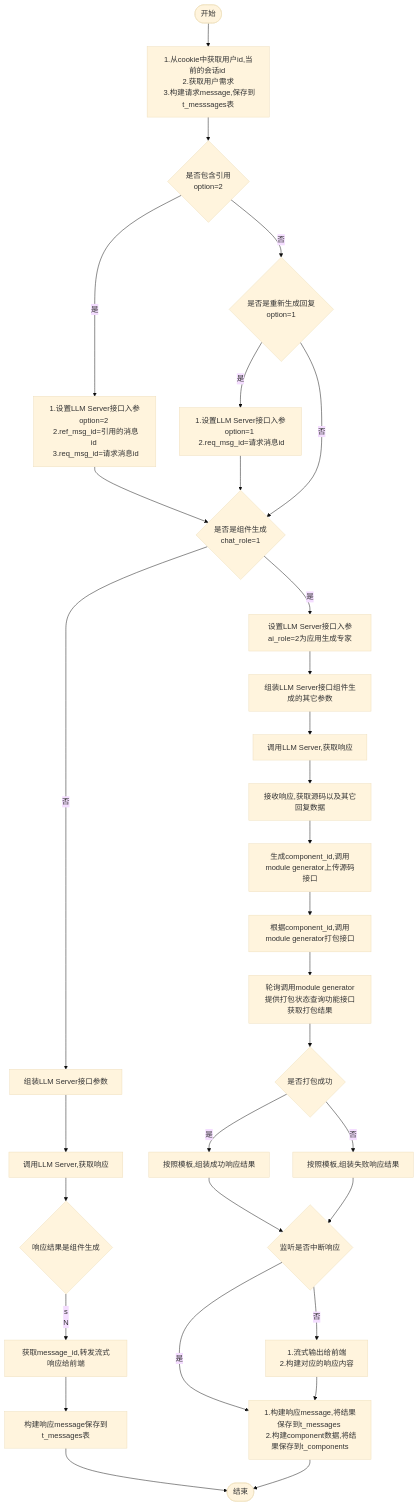
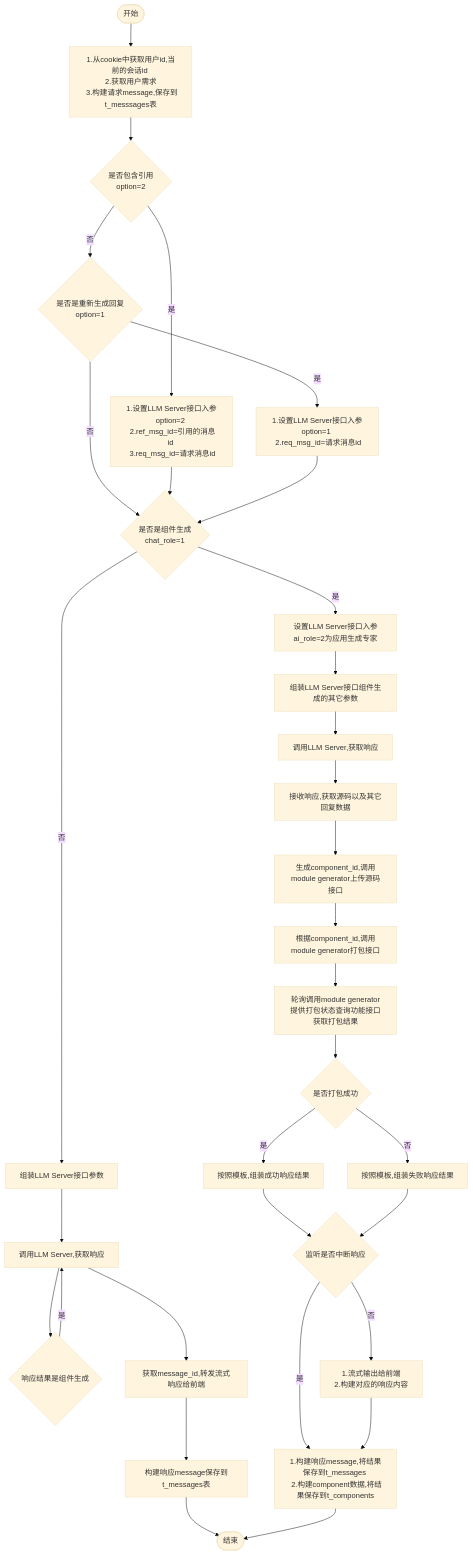
One commit to yingjianzh/iodraw-files changed the diagram in all/未命名-8.md. Above: the diagram before and after it, drawn with Mermaid (base theme).

Commit message:
2024-10-16 09:18:47 update

````diff
--- a/all/未命名-8.md
+++ b/all/未命名-8.md
@@ -1,38 +1,38 @@
 ```mermaid
 flowchart TD
     A([开始]) --> B[1.从cookie中获取用户id,当前的会话id \n 2.获取用户需求 \n 3.构建请求message,保存到t_messsages表]
     B--> D{是否包含引用 \n option=2}
     D -- 是 --> E[1.设置LLM Server接口入参option=2 \n 2.ref_msg_id=引用的消息id \n 3.req_msg_id=请求消息id]
     D -- 否 --> F{是否是重新生成回复\n option=1}
     F -- 是 --> G[1.设置LLM Server接口入参option=1 \n 2.req_msg_id=请求消息id]
     F -- 否 --> I
      
     E & G --> I{是否是组件生成 \n chat_role=1}
     I -- 否 --> M[组装LLM Server接口参数] 
     I -- 是 --> J[设置LLM Server接口入参ai_role=2为应用生成专家]
     
 
     J --> L[组装LLM Server接口组件生成的其它参数]    
     M --> N[调用LLM Server,获取响应]
     N --> H{响应结果是组件生成}   
-    H -- s 
+    H -- 是 --> 
     N --> O[获取message_id,转发流式响应给前端]
     O --> P[构建响应message保存到t_messages表]
     P --> R([结束])
 
 
     L --> S[调用LLM Server,获取响应]
     S --> T[接收响应,获取源码以及其它回复数据]
     T --> U[生成component_id,调用module generator上传源码接口]
     U --> V[根据component_id,调用module generator打包接口]
     V --> W[轮询调用module generator提供打包状态查询功能接口获取打包结果]
     W --> X{是否打包成功}
     X -- 是 --> Y[按照模板,组装成功响应结果]
     X -- 否 --> Z[按照模板,组装失败响应结果]
     Y & Z --> Done{监听是否中断响应}
     Done -- 是 --> Result
     Done -- 否 --> OutPut[1.流式输出给前端 \n 2.构建对应的响应内容]
 
     OutPut --> Result[1.构建响应message,将结果保存到t_messages \n 2.构建component数据,将结果保存到t_components]
     Result --> R
 ```
````
